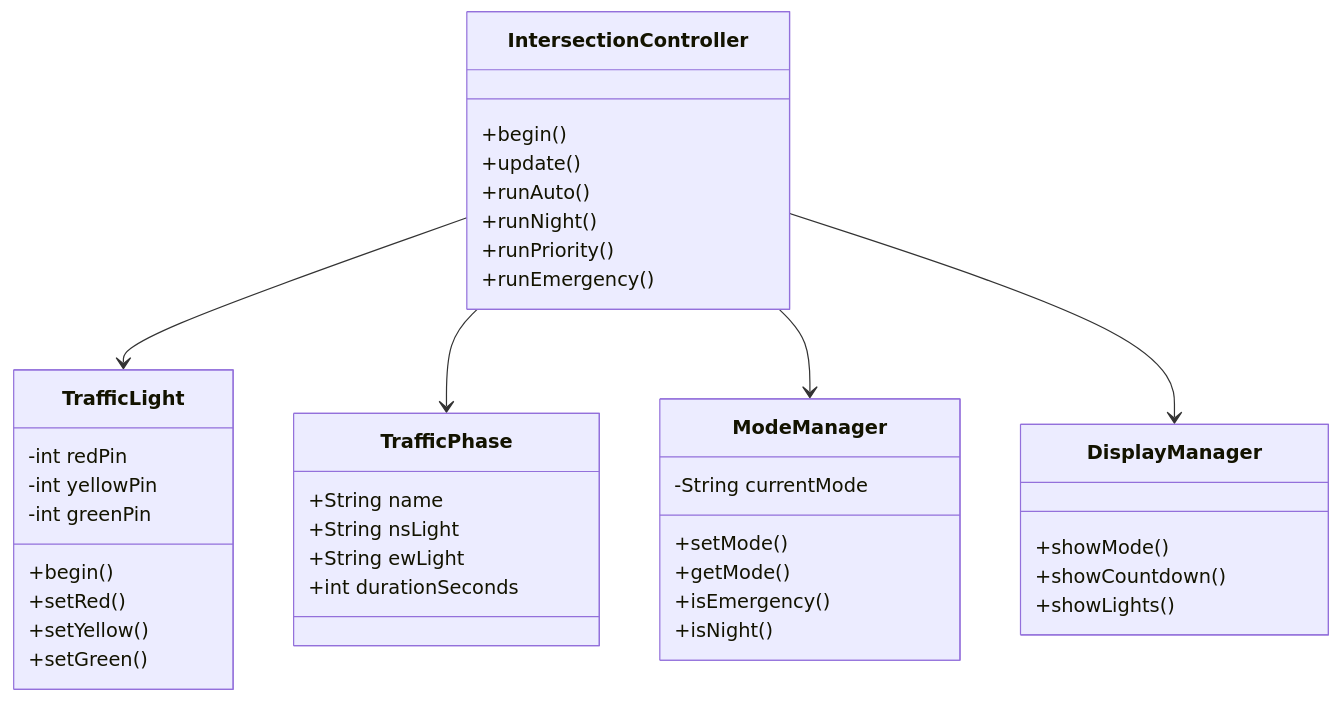
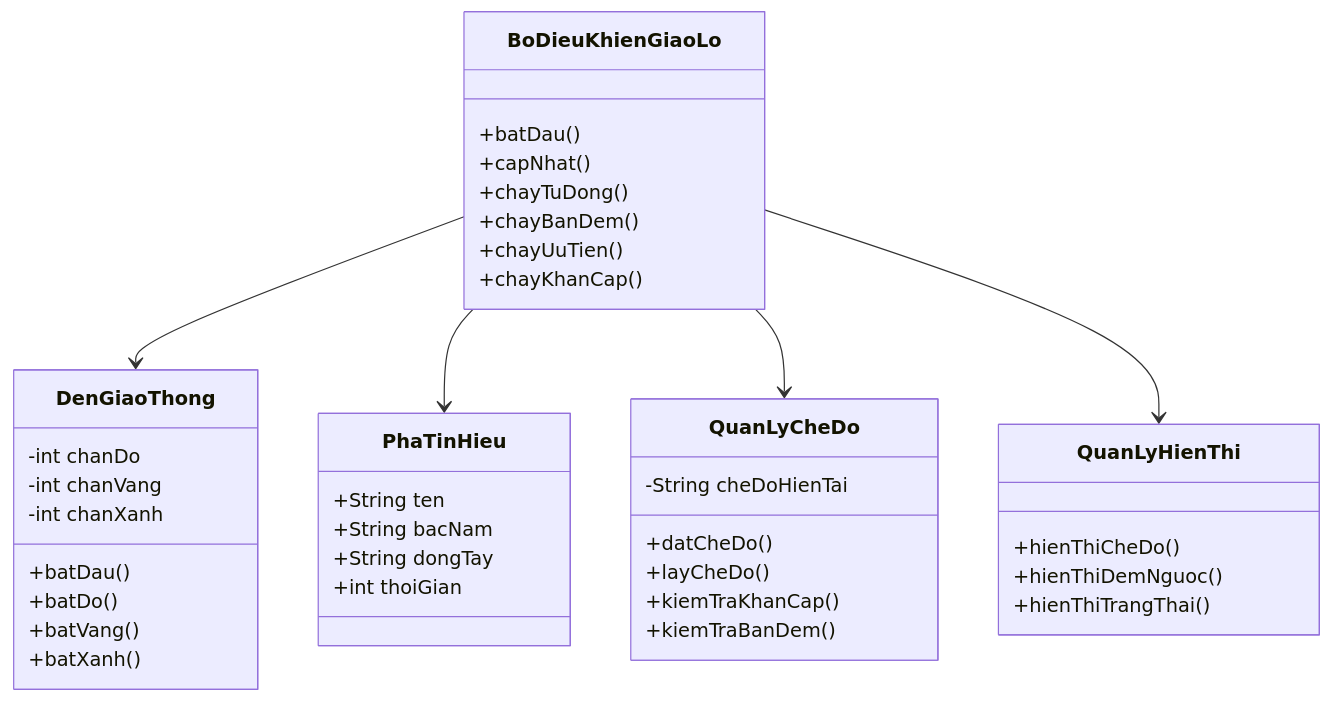
Before and after one commit to xuanhai0913/iot-traffic-light-wokwi: the fourth of 7 diagrams in 09_so_do_thiet_ke.md, drawn with Mermaid. The commit also changed other lines of this file and 1 other file, not shown here.

Commit message:
Fix review comments - Vietnamese diagrams and consistency

````diff
--- a/09_so_do_thiet_ke.md
+++ b/09_so_do_thiet_ke.md
@@ -368,92 +328,93 @@
 classDiagram
 
 
-class TrafficLight {
+class DenGiaoThong {
 
--int redPin
+-int chanDo
 
--int yellowPin
+-int chanVang
 
--int greenPin
+-int chanXanh
 
-+begin()
++batDau()
 
-+setRed()
++batDo()
 
-+setYellow()
++batVang()
 
-+setGreen()
++batXanh()
 
 }
 
 
 
-class TrafficPhase {
+class PhaTinHieu {
 
-+String name
++String ten
 
-+String nsLight
++String bacNam
 
-+String ewLight
++String dongTay
 
-+int durationSeconds
++int thoiGian
 
 }
 
 
 
-class ModeManager {
+class QuanLyCheDo {
 
--String currentMode
+-String cheDoHienTai
 
-+setMode()
++datCheDo()
 
-+getMode()
++layCheDo()
 
-+isEmergency()
++kiemTraKhanCap()
 
-+isNight()
++kiemTraBanDem()
 
 }
 
 
 
-class DisplayManager {
+class QuanLyHienThi {
 
-+showMode()
++hienThiCheDo()
 
-+showCountdown()
++hienThiDemNguoc()
 
-+showLights()
++hienThiTrangThai()
 
 }
 
 
 
-class IntersectionController {
+class BoDieuKhienGiaoLo {
 
-+begin()
++batDau()
 
-+update()
++capNhat()
 
-+runAuto()
++chayTuDong()
 
-+runNight()
++chayBanDem()
 
-+runPriority()
++chayUuTien()
 
-+runEmergency()
++chayKhanCap()
 
 }
 
 
 
-IntersectionController --> TrafficLight
+BoDieuKhienGiaoLo --> DenGiaoThong
 
-IntersectionController --> TrafficPhase
+BoDieuKhienGiaoLo --> PhaTinHieu
 
-IntersectionController --> ModeManager
+BoDieuKhienGiaoLo --> QuanLyCheDo
 
-IntersectionController --> DisplayManager
+BoDieuKhienGiaoLo --> QuanLyHienThi
+
 
 ```
````
